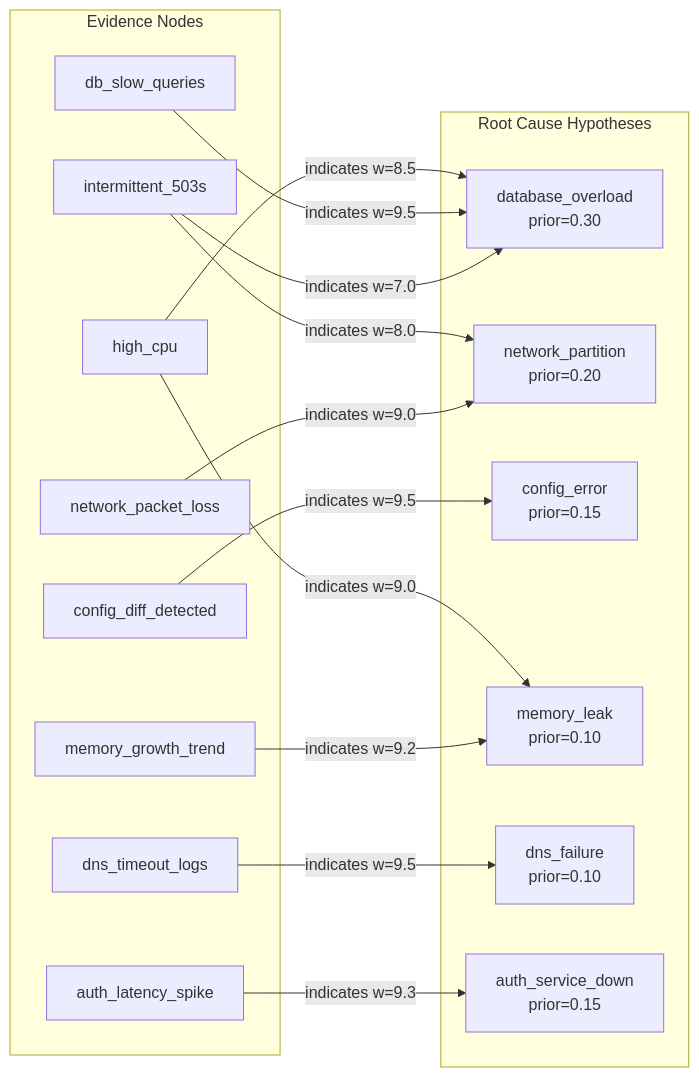
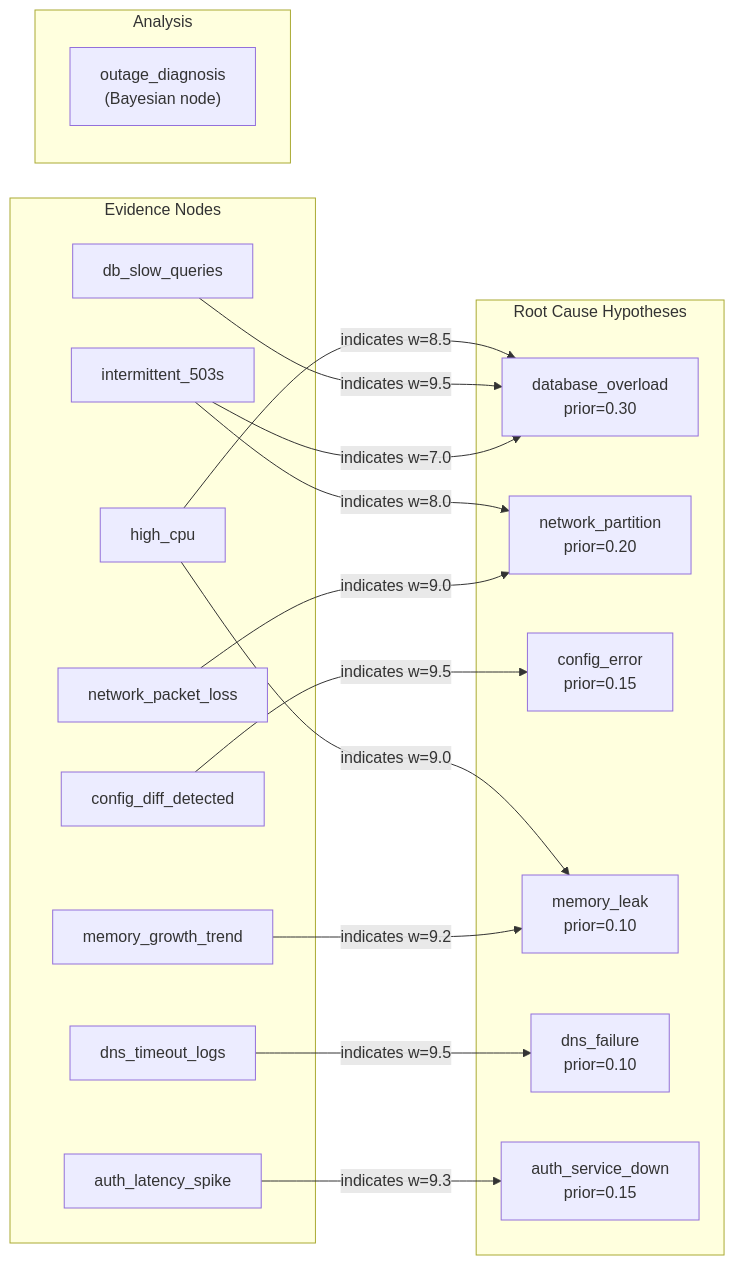
Before and after one commit to antquinonez/Hyper3: the diagram in examples/showcase/belief/bayesian_reasoning/README.md, drawn with Mermaid. The commit also changed other lines of this file and 10 other files, not shown here.

````diff
--- a/examples/showcase/belief/bayesian_reasoning/README.md
+++ b/examples/showcase/belief/bayesian_reasoning/README.md
@@ -56,33 +57,37 @@
 ```mermaid
 graph LR
     subgraph "Evidence Nodes"
         CPU["high_cpu"]
         DBQ["db_slow_queries"]
         HTTP["intermittent_503s"]
         CFG["config_diff_detected"]
         MEM["memory_growth_trend"]
         DNS["dns_timeout_logs"]
         AUTH["auth_latency_spike"]
         NET["network_packet_loss"]
     end
 
     subgraph "Root Cause Hypotheses"
         DB["database_overload<br/>prior=0.30"]
         NW["network_partition<br/>prior=0.20"]
         CE["config_error<br/>prior=0.15"]
         ML["memory_leak<br/>prior=0.10"]
         DF["dns_failure<br/>prior=0.10"]
         AS["auth_service_down<br/>prior=0.15"]
     end
 
+    subgraph "Analysis"
+        OD["outage_diagnosis<br/>(Bayesian node)"]
+    end
+
     CPU -->|"indicates w=8.5"| DB
     CPU -->|"indicates w=9.0"| ML
     DBQ -->|"indicates w=9.5"| DB
     HTTP -->|"indicates w=7.0"| DB
     HTTP -->|"indicates w=8.0"| NW
     CFG -->|"indicates w=9.5"| CE
     MEM -->|"indicates w=9.2"| ML
     DNS -->|"indicates w=9.5"| DF
     AUTH -->|"indicates w=9.3"| AS
     NET -->|"indicates w=9.0"| NW
 ```
````
